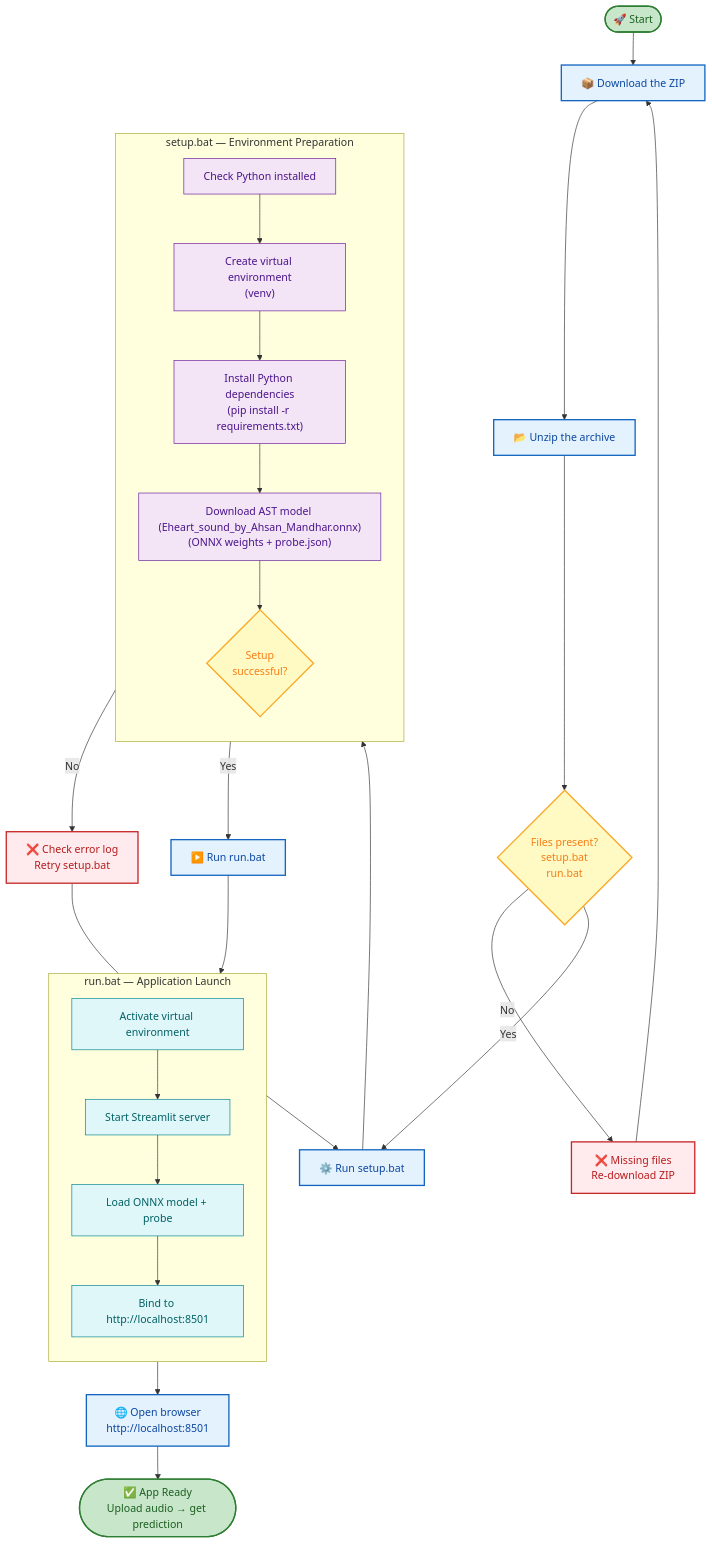
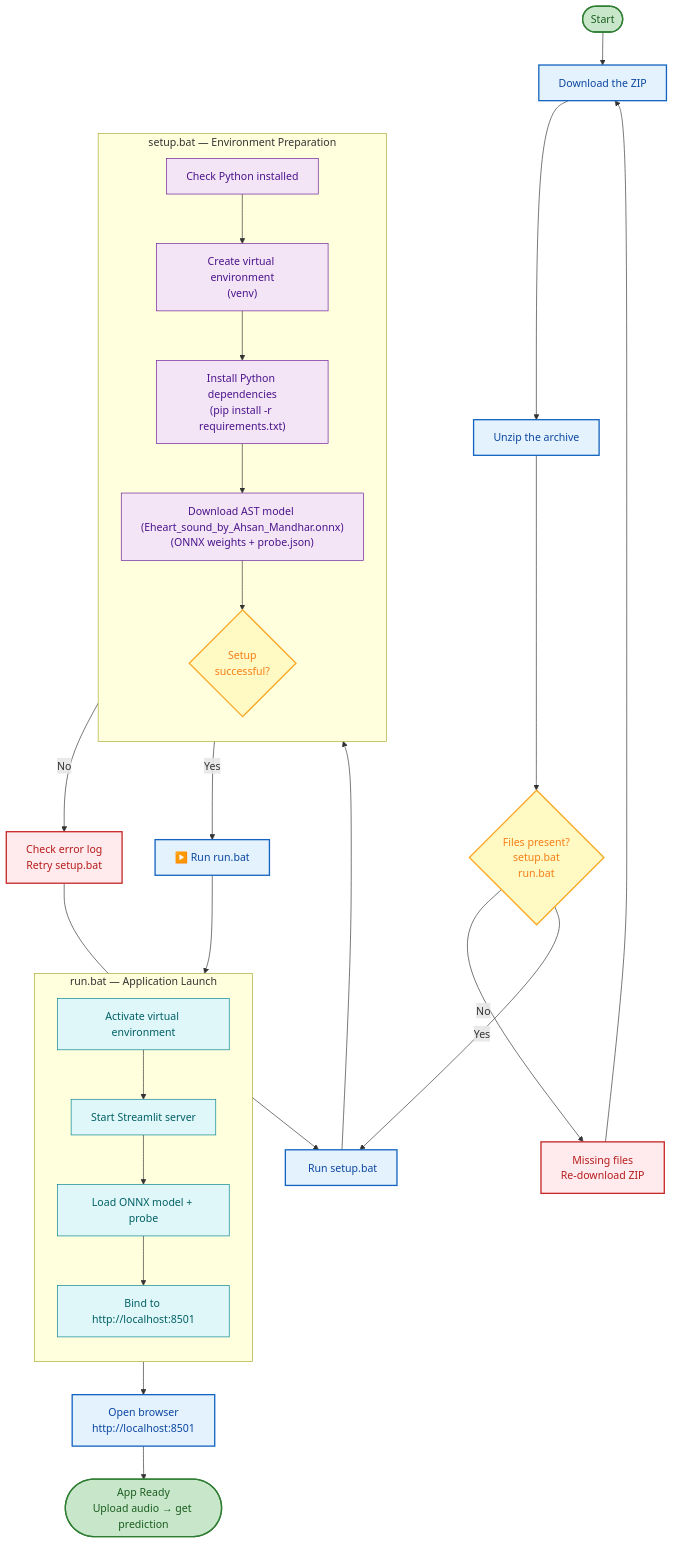
Before and after one commit to ahsanmandhar-ui/heart-murmur-pwa: the first of 5 diagrams in README.md, drawn with Mermaid.

Commit message:
Remove emojis from README mermaid

````diff
--- a/README.md
+++ b/README.md
@@ -24,55 +24,55 @@
 ```mermaid
 flowchart TD
-    START(["🚀 Start"]) --> DL["📦 Download the ZIP"]
-    DL --> UNZIP["📂 Unzip the archive"]
+    START([" Start"]) --> DL[" Download the ZIP"]
+    DL --> UNZIP[" Unzip the archive"]
     UNZIP --> CHECK{"Files present?<br/>setup.bat<br/>run.bat"}
     
-    CHECK -- No --> ERR1["❌ Missing files<br/>Re-download ZIP"]
+    CHECK -- No --> ERR1[" Missing files<br/>Re-download ZIP"]
     ERR1 --> DL
     
-    CHECK -- Yes --> SETUP["⚙️ Run setup.bat"]
+    CHECK -- Yes --> SETUP["️ Run setup.bat"]
     
     subgraph SETUP_BLOCK["setup.bat — Environment Preparation"]
         direction TB
         S1["Check Python installed"]
         S2["Create virtual environment<br/>(venv)"]
         S3["Install Python dependencies<br/>(pip install -r requirements.txt)"]
         S4["Download AST model (Eheart_sound_by_Ahsan_Mandhar.onnx)<br/>(ONNX weights + probe.json)"]
         S5{"Setup<br/>successful?"}
         S1 --> S2 --> S3 --> S4 --> S5
     end
     
     SETUP --> S1
-    S5 -- No --> ERR2["❌ Check error log<br/>Retry setup.bat"]
+    S5 -- No --> ERR2[" Check error log<br/>Retry setup.bat"]
     ERR2 --> SETUP
     
     S5 -- Yes --> RUN["▶️ Run run.bat"]
     
     subgraph RUN_BLOCK["run.bat — Application Launch"]
         direction TB
         R1["Activate virtual environment"]
         R2["Start Streamlit server"]
         R3["Load ONNX model + probe"]
         R4["Bind to http://localhost:8501"]
         R1 --> R2 --> R3 --> R4
     end
     
     RUN --> R1
-    R4 --> BROWSER["🌐 Open browser<br/>http://localhost:8501"]
-    BROWSER --> APP(["✅ App Ready<br/>Upload audio → get prediction"])
+    R4 --> BROWSER[" Open browser<br/>http://localhost:8501"]
+    BROWSER --> APP([" App Ready<br/>Upload audio → get prediction"])
 
     classDef startend fill:#c8e6c9,stroke:#2e7d32,stroke-width:2px,color:#1b5e20;
     classDef action fill:#e3f2fd,stroke:#1565c0,stroke-width:2px,color:#0d47a1;
     classDef decision fill:#fff9c4,stroke:#f9a825,stroke-width:2px,color:#f57f17;
     classDef error fill:#ffebee,stroke:#c62828,stroke-width:2px,color:#b71c1c;
     classDef setup fill:#f3e5f5,stroke:#6a1b9a,stroke-width:1px,color:#4a148c;
     classDef run fill:#e0f7fa,stroke:#00838f,stroke-width:1px,color:#006064;
     classDef done fill:#d1c4e9,stroke:#4527a0,stroke-width:2px,color:#311b92;
 
     class START,APP startend;
     class DL,UNZIP,SETUP,RUN,BROWSER action;
     class CHECK,S5 decision;
     class ERR1,ERR2 error;
     class S1,S2,S3,S4 setup;
     class R1,R2,R3,R4 run;
 ```
````
